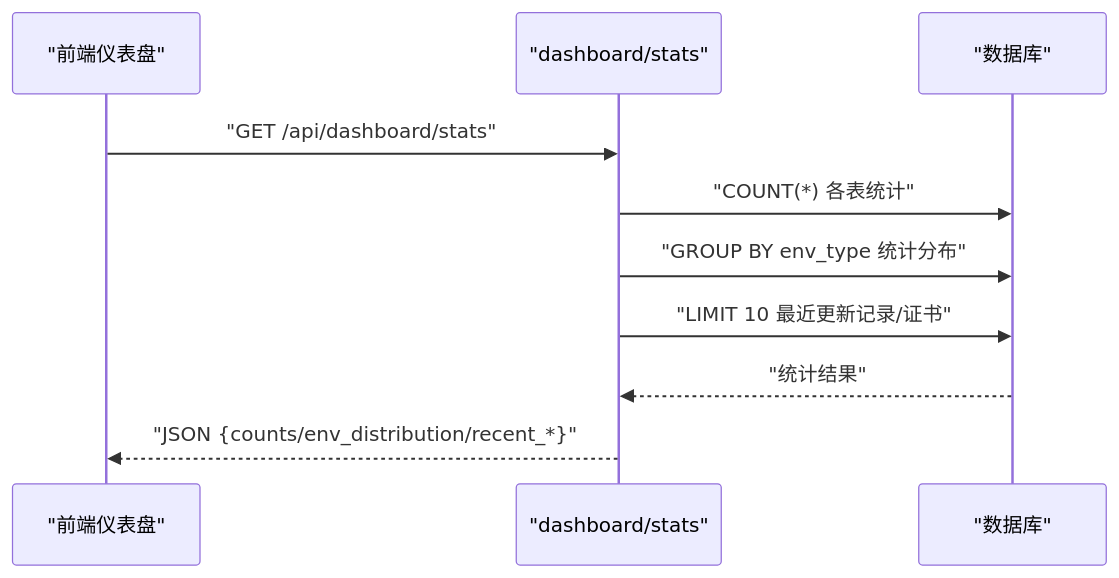
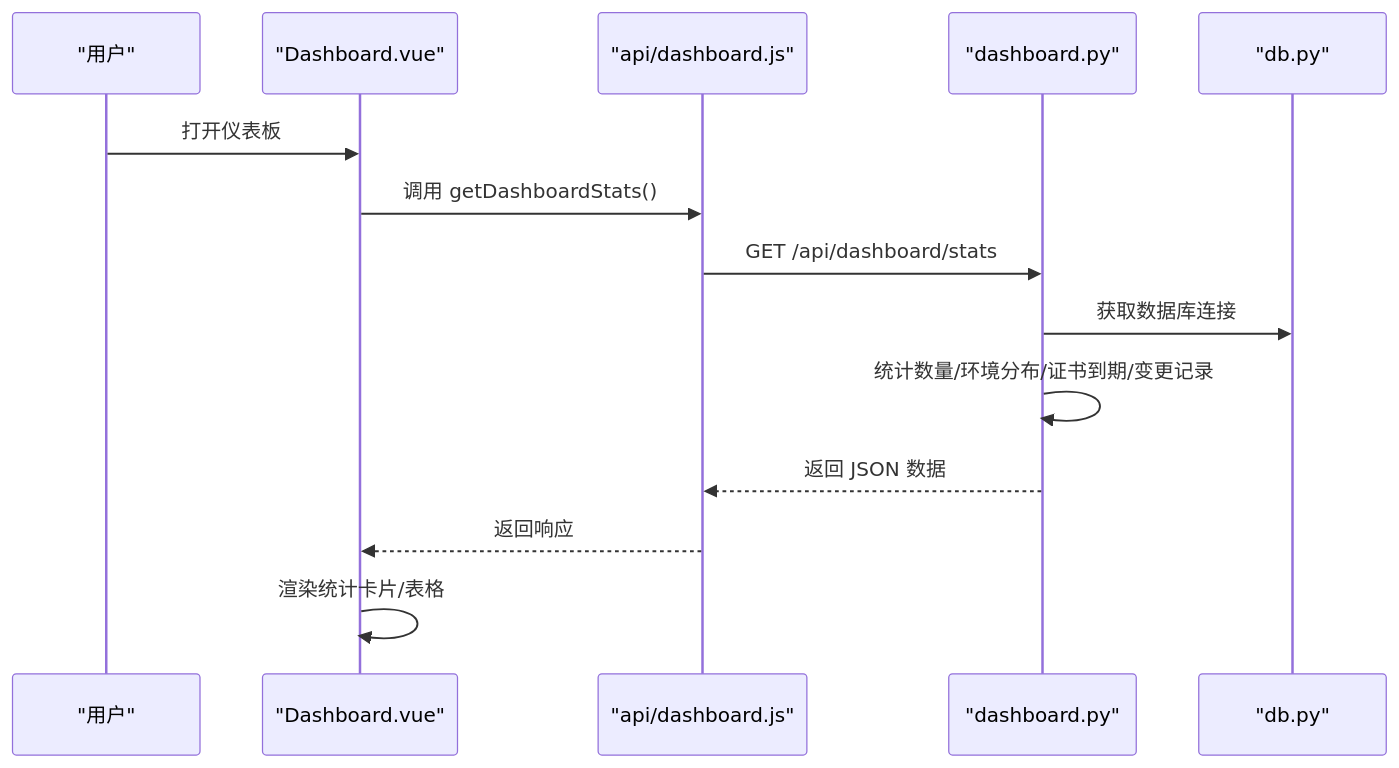
Before and after one commit to ismine3/OPS: the third of 8 diagrams in .qoder/repowiki/zh/content/核心功能模块/核心功能模块.md, drawn with Mermaid. The commit also changed other lines of this file and 109 other files, not shown here.

````diff
--- a/.qoder/repowiki/zh/content/核心功能模块/核心功能模块.md
+++ b/.qoder/repowiki/zh/content/核心功能模块/核心功能模块.md
@@ -168,12 +187,16 @@
 ```mermaid
 sequenceDiagram
-participant FE as "前端仪表盘"
-participant API as "dashboard/stats"
-participant DB as "数据库"
-FE->>API : "GET /api/dashboard/stats"
-API->>DB : "COUNT(*) 各表统计"
-API->>DB : "GROUP BY env_type 统计分布"
-API->>DB : "LIMIT 10 最近更新记录/证书"
-DB-->>API : "统计结果"
-API-->>FE : "JSON {counts/env_distribution/recent_*}"
+participant U as "用户"
+participant V as "Dashboard.vue"
+participant A as "api/dashboard.js"
+participant R as "dashboard.py"
+participant D as "db.py"
+U->>V : 打开仪表板
+V->>A : 调用 getDashboardStats()
+A->>R : GET /api/dashboard/stats
+R->>D : 获取数据库连接
+R->>R : 统计数量/环境分布/证书到期/变更记录
+R-->>A : 返回 JSON 数据
+A-->>V : 返回响应
+V->>V : 渲染统计卡片/表格
 ```
````
